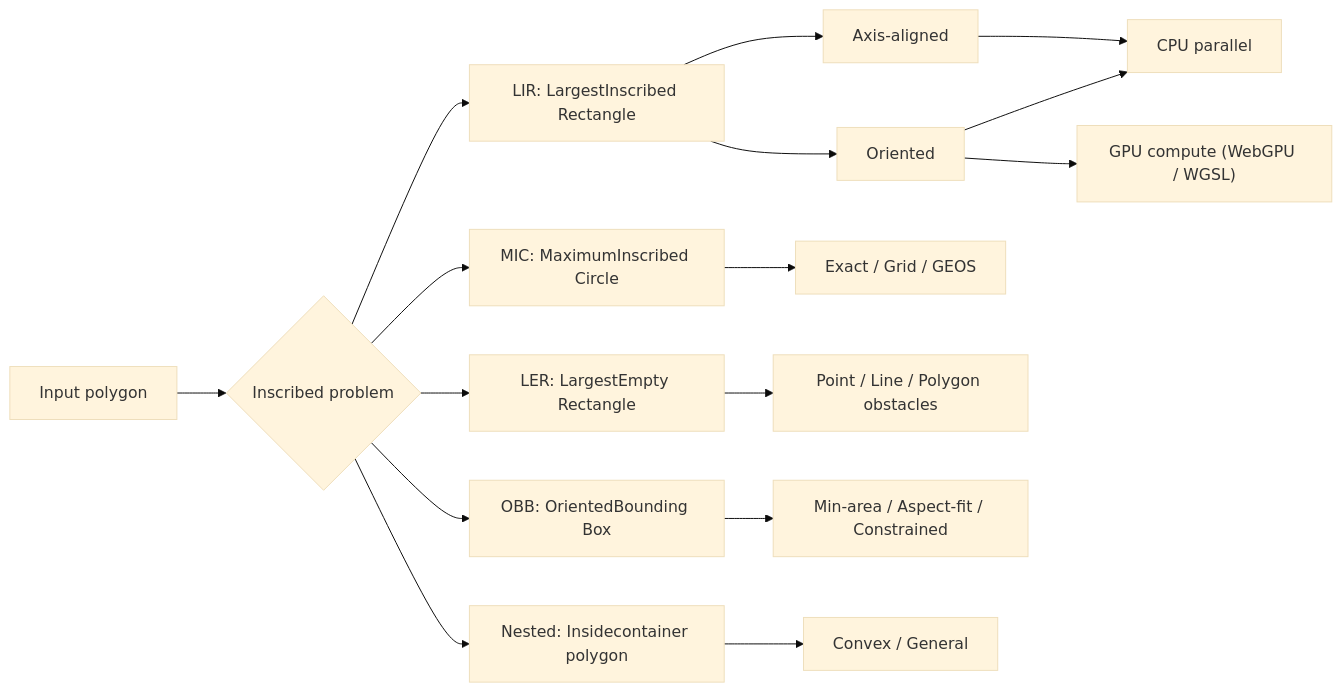
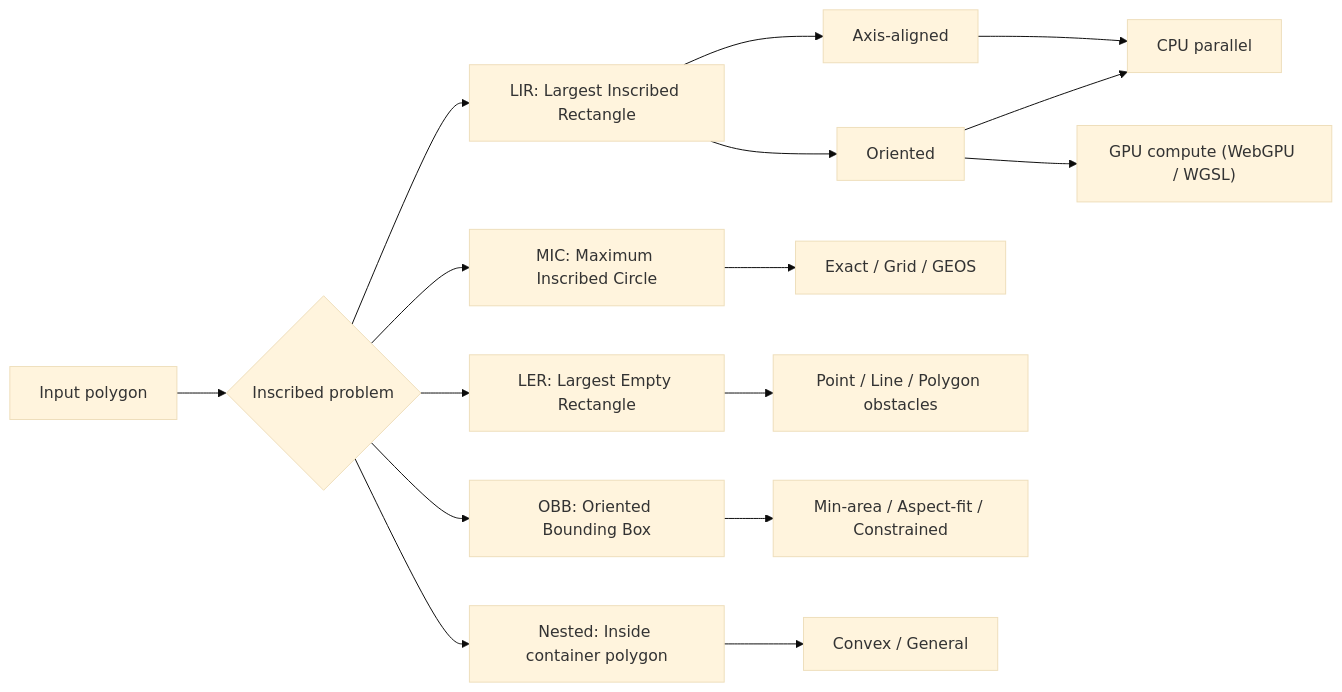
Before and after one commit to GIS-Inscribed-Geometry/IGE: the diagram in README.md, drawn with Mermaid (base theme).

Commit message:
fix: restore missing spaces in mermaid node labels

````diff
--- a/README.md
+++ b/README.md
@@ -12,19 +12,19 @@
 ```mermaid
 flowchart LR
     A[Input polygon] --> B{Inscribed problem}
-    B --> C[LIR: LargestInscribed Rectangle]
-    B --> D[MIC: MaximumInscribed Circle]
-    B --> E[LER: LargestEmpty Rectangle]
-    B --> F[OBB: OrientedBounding Box]
-    B --> G[Nested: Insidecontainer polygon]
+    B --> C[LIR: Largest Inscribed Rectangle]
+    B --> D[MIC: Maximum Inscribed Circle]
+    B --> E[LER: Largest Empty Rectangle]
+    B --> F[OBB: Oriented Bounding Box]
+    B --> G[Nested: Inside container polygon]
     
     C --> H[Axis-aligned]
     C --> I[Oriented]
     D --> J[Exact / Grid / GEOS]
     E --> K[Point / Line / Polygon obstacles]
     F --> L[Min-area / Aspect-fit / Constrained]
     G --> M[Convex / General]
 
     H & I --> N[CPU parallel]
     I --> O["GPU compute (WebGPU / WGSL)"]
 ```
````
